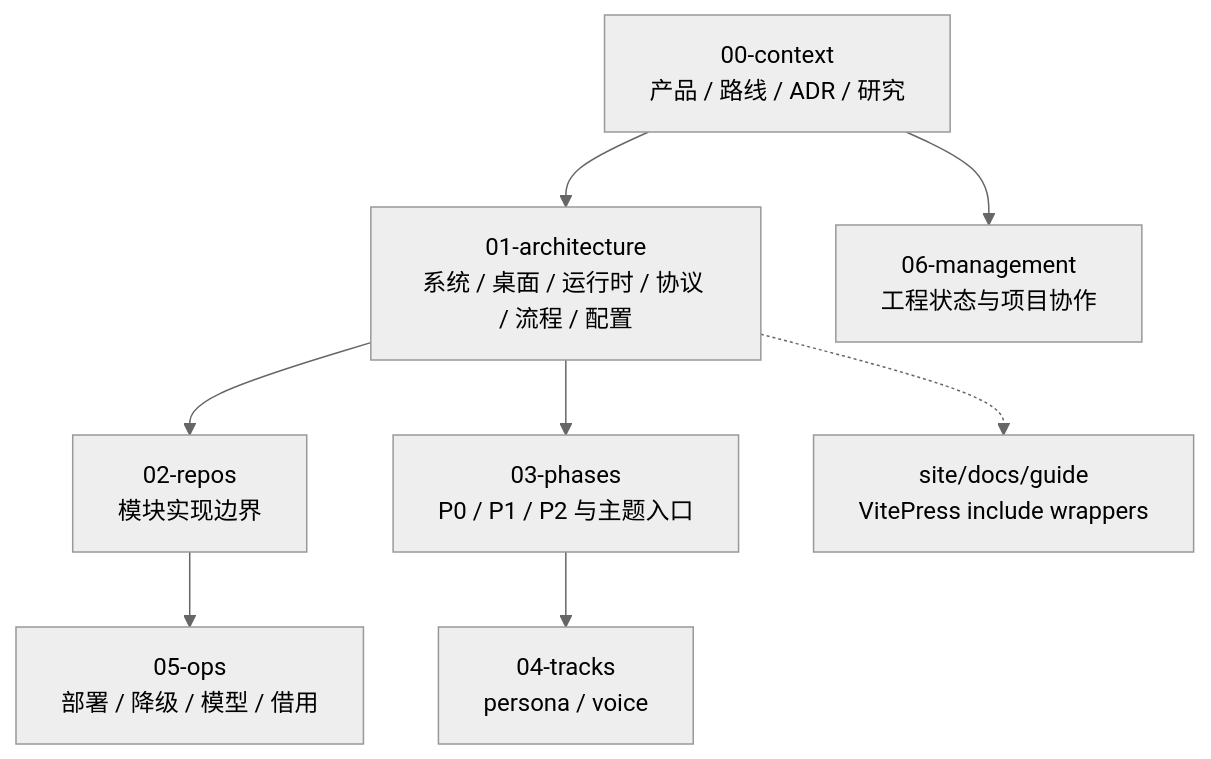
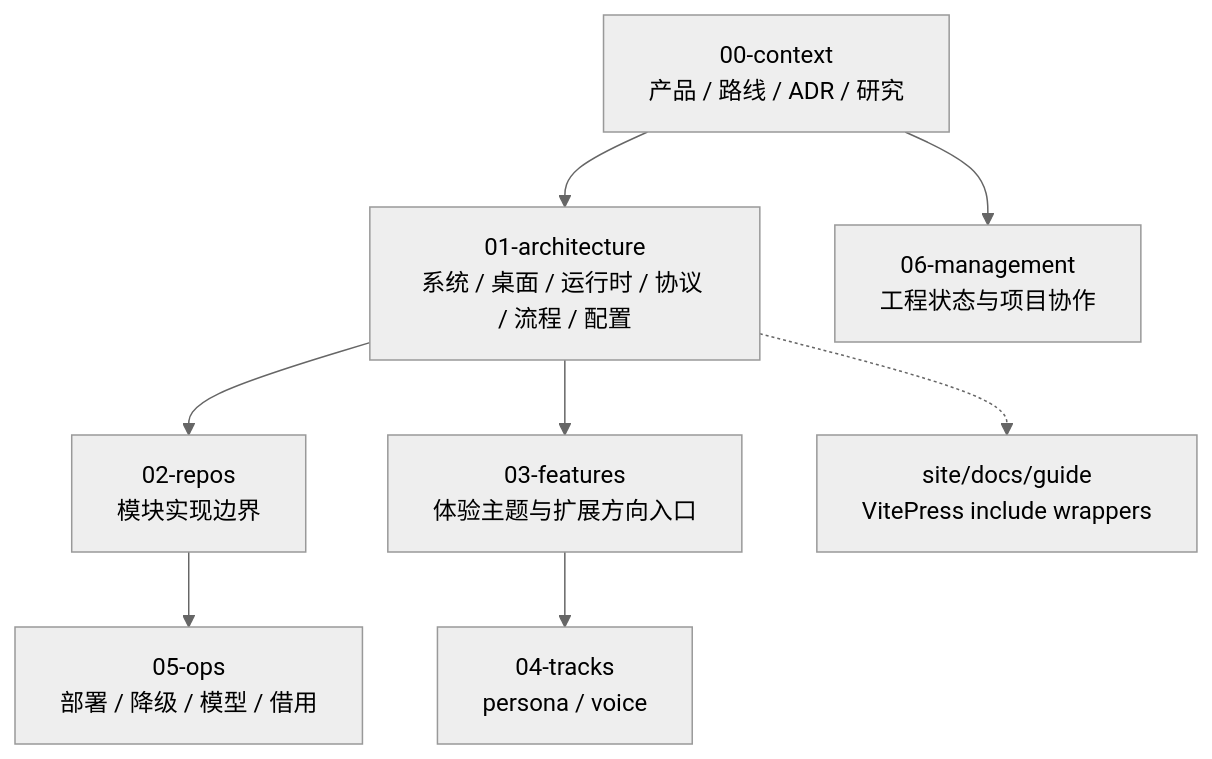
Before and after one commit to Momoyeyu/momo: the diagram in docs/02-repos/momo-docs.md, drawn with Mermaid (neutral theme). The commit also changed 38 other files, not shown here.

````diff
--- a/docs/02-repos/momo-docs.md
+++ b/docs/02-repos/momo-docs.md
@@ -7,10 +7,10 @@
 ```mermaid
 flowchart TD
     PRODUCT["00-context<br/>产品 / 路线 / ADR / 研究"] --> ARCH["01-architecture<br/>系统 / 桌面 / 运行时 / 协议 / 流程 / 配置"]
     ARCH --> REPOS["02-repos<br/>模块实现边界"]
-    ARCH --> PHASES["03-phases<br/>P0 / P1 / P2 与主题入口"]
-    PHASES --> TRACKS["04-tracks<br/>persona / voice"]
+    ARCH --> FEATURES["03-features<br/>体验主题与扩展方向入口"]
+    FEATURES --> TRACKS["04-tracks<br/>persona / voice"]
     REPOS --> OPS["05-ops<br/>部署 / 降级 / 模型 / 借用"]
     PRODUCT --> MGMT["06-management<br/>工程状态与项目协作"]
     ARCH -.-> SITE["site/docs/guide<br/>VitePress include wrappers"]
 ```
````
